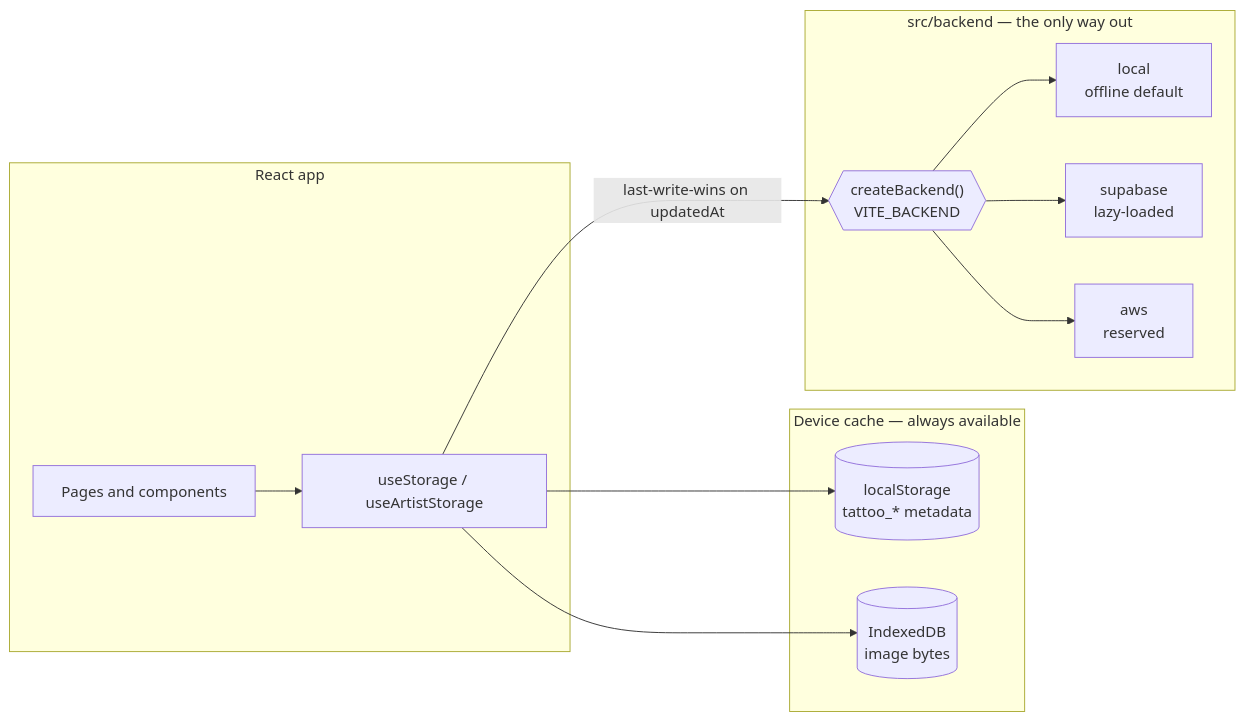
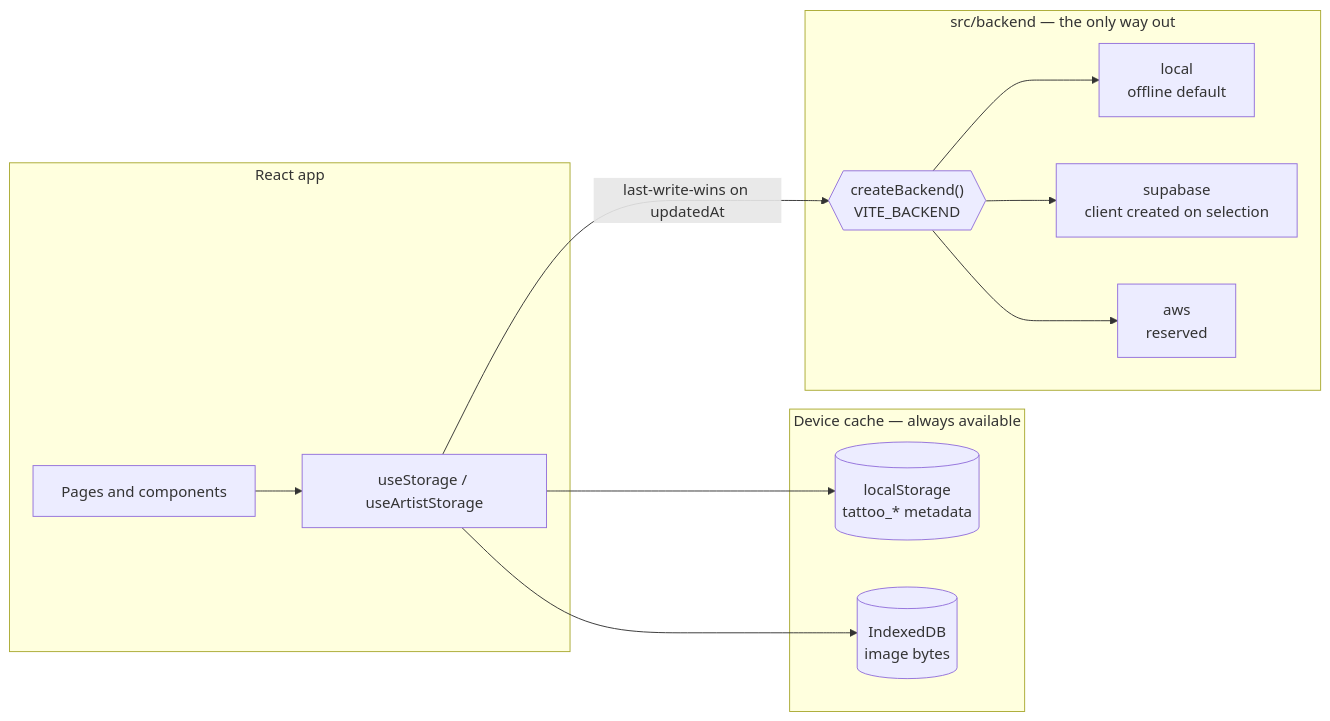
Before and after one commit to Pritesh1980/sable: the second of 8 diagrams in docs/ARCHITECTURE.md, drawn with Mermaid. The commit also changed other lines of this file and 1 other file, not shown here.

Commit message:
docs(architecture): narrow runtime claims

````diff
--- a/docs/ARCHITECTURE.md
+++ b/docs/ARCHITECTURE.md
@@ -69,24 +70,24 @@
 ```mermaid
 flowchart LR
   subgraph APP["React app"]
     UI["Pages and components"]
     HOOKS["useStorage / useArtistStorage"]
   end
   subgraph CACHE["Device cache — always available"]
     LS[("localStorage<br/>tattoo_* metadata")]
     IDB[("IndexedDB<br/>image bytes")]
   end
   subgraph BE["src/backend — the only way out"]
     SEAM{{"createBackend()<br/>VITE_BACKEND"}}
     L["local<br/>offline default"]
-    S["supabase<br/>lazy-loaded"]
+    S["supabase<br/>client created on selection"]
     A["aws<br/>reserved"]
   end
   UI --> HOOKS
   HOOKS --> LS
   HOOKS --> IDB
   HOOKS -- "last-write-wins on updatedAt" --> SEAM
   SEAM --> L
   SEAM --> S
   SEAM --> A
 ```
````
